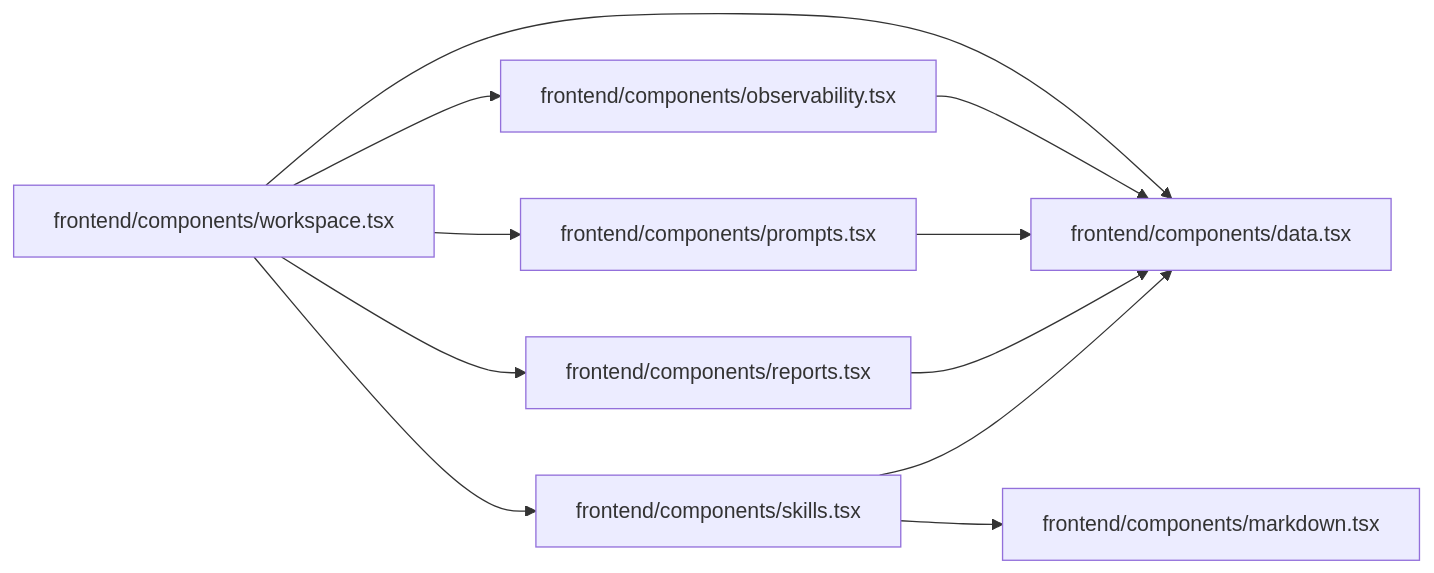
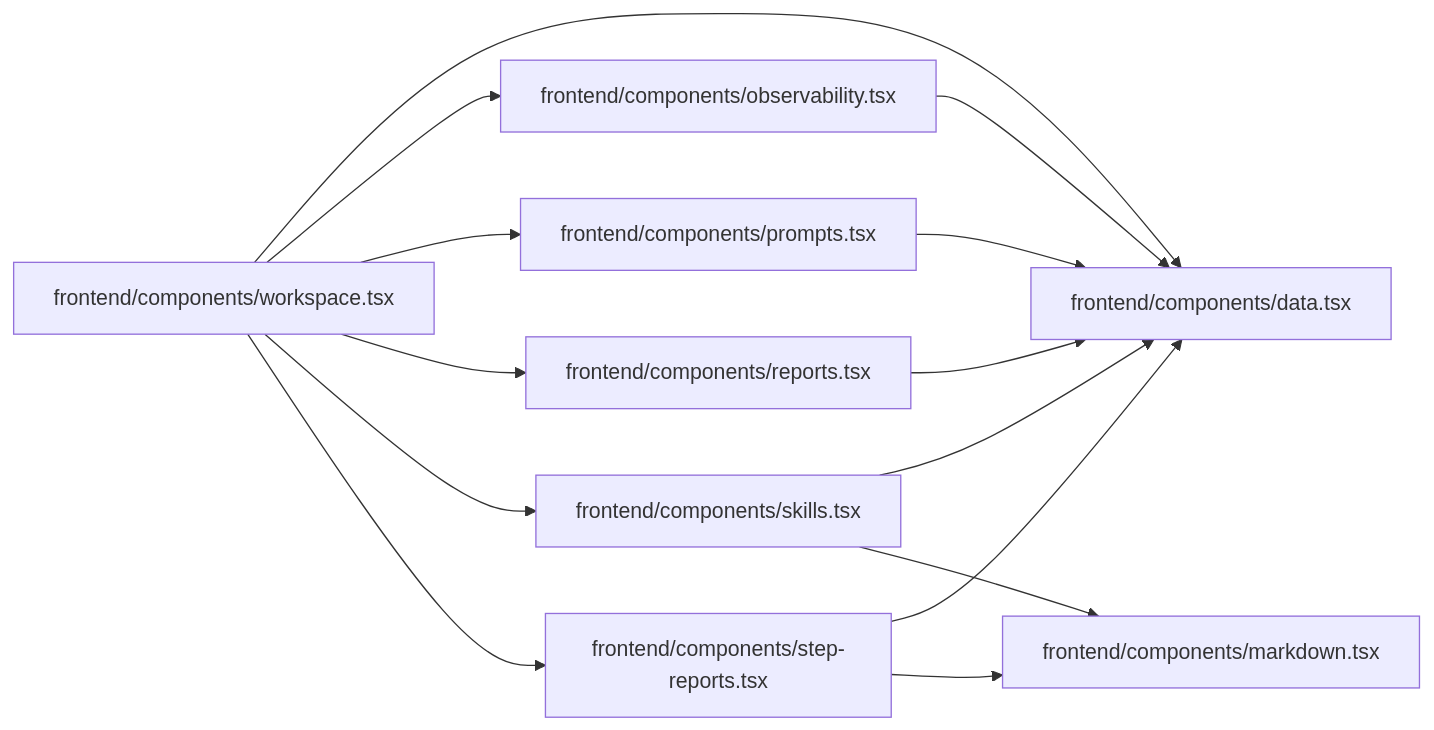
One commit to sarveshtalele/maf-harness-testing changed the eighth of 21 diagrams in docs/ARCHITECTURE_MAP.md. Above: the diagram before and after it, drawn with Mermaid. The commit also changed other lines of this file and 22 other files, not shown here.

Commit message:
Per-step deterministic QA reports from templates; fix report accuracy; drop JUnit labelling for non-Java stacks

````diff
--- a/docs/ARCHITECTURE_MAP.md
+++ b/docs/ARCHITECTURE_MAP.md
@@ -271,20 +272,24 @@
 ```mermaid
 flowchart LR
   f0["frontend/components/data.tsx"]
   f1["frontend/components/markdown.tsx"]
   f2["frontend/components/observability.tsx"]
   f3["frontend/components/prompts.tsx"]
   f4["frontend/components/reports.tsx"]
   f5["frontend/components/skills.tsx"]
-  f6["frontend/components/workspace.tsx"]
+  f6["frontend/components/step-reports.tsx"]
+  f7["frontend/components/workspace.tsx"]
   f2 --> f0
   f3 --> f0
   f4 --> f0
   f5 --> f0
   f5 --> f1
   f6 --> f0
-  f6 --> f2
-  f6 --> f3
-  f6 --> f4
-  f6 --> f5
+  f6 --> f1
+  f7 --> f0
+  f7 --> f2
+  f7 --> f3
+  f7 --> f4
+  f7 --> f5
+  f7 --> f6
 ```
````
